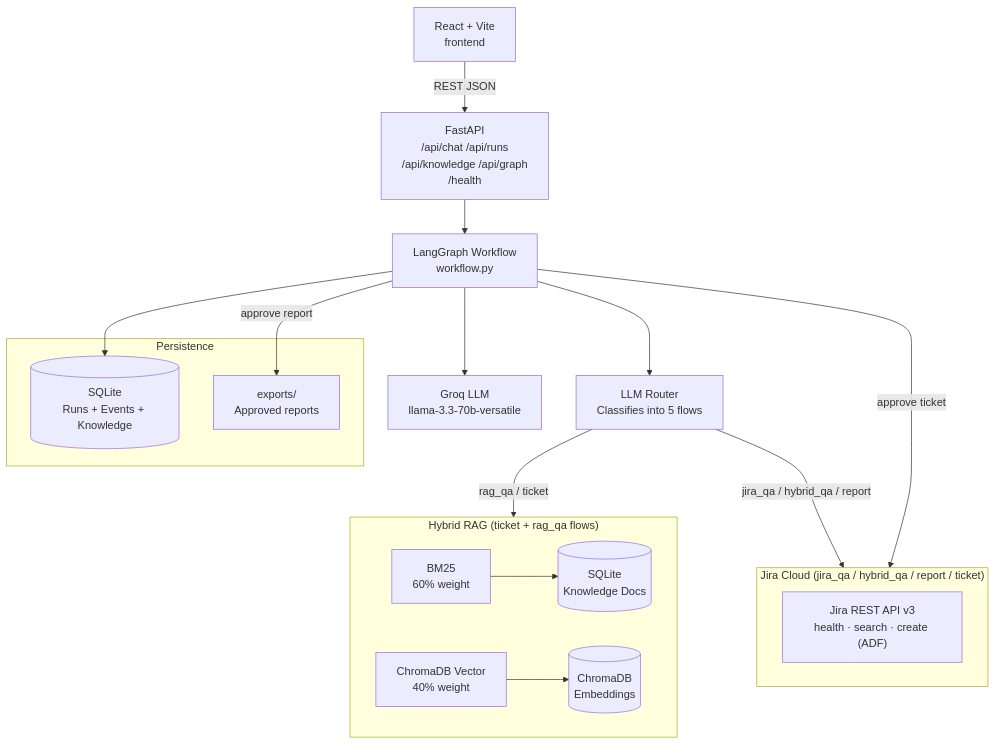
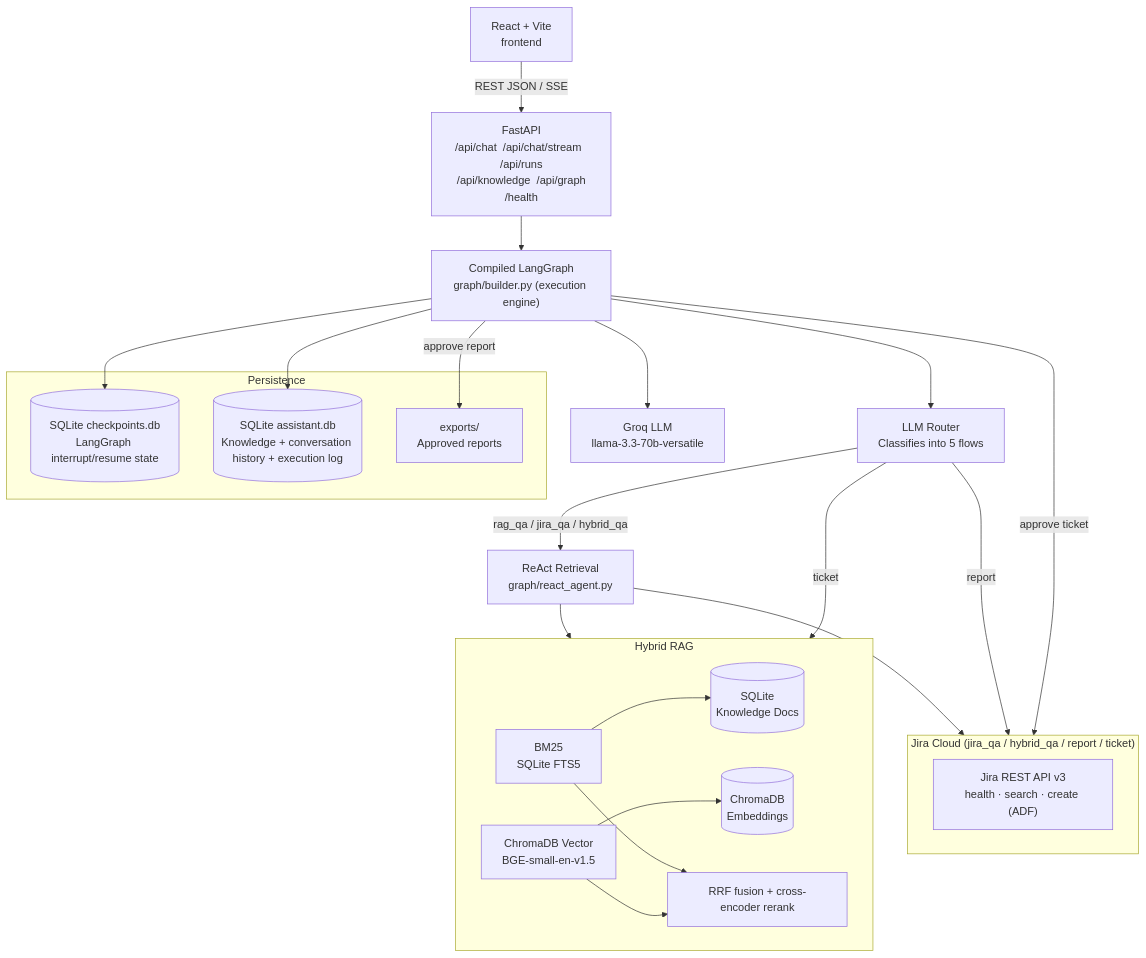
One commit to amit2440/jira-ai-agent changed the diagram in docs/ARCHITECTURE.md. Above: the diagram before and after it, drawn with Mermaid. The commit also changed other lines of this file and 31 other files, not shown here.

Commit message:
fix: Docs & Diagrams

````diff
--- a/docs/ARCHITECTURE.md
+++ b/docs/ARCHITECTURE.md
@@ -3,36 +3,45 @@
 ```mermaid
 flowchart TB
     Client["React + Vite\nfrontend"]
-    API["FastAPI\n/api/chat  /api/runs\n/api/knowledge  /api/graph\n/health"]
-    Workflow["LangGraph Workflow\nworkflow.py"]
+    API["FastAPI\n/api/chat  /api/chat/stream  /api/runs\n/api/knowledge  /api/graph\n/health"]
+    Graph["Compiled LangGraph\ngraph/builder.py (execution engine)"]
+    ReAct["ReAct Retrieval\ngraph/react_agent.py"]
     Router["LLM Router\nClassifies into 5 flows"]
     LLM["Groq LLM\nllama-3.3-70b-versatile"]
 
-    subgraph RAG ["Hybrid RAG (ticket + rag_qa flows)"]
-        BM25["BM25\n60% weight"]
-        VEC["ChromaDB Vector\n40% weight"]
+    subgraph RAG ["Hybrid RAG"]
+        BM25["BM25\nSQLite FTS5"]
+        VEC["ChromaDB Vector\nBGE-small-en-v1.5"]
+        RRF["RRF fusion + cross-encoder rerank"]
         DOCS[("SQLite\nKnowledge Docs")]
         CHROMA[("ChromaDB\nEmbeddings")]
         BM25 --> DOCS
         VEC --> CHROMA
+        BM25 --> RRF
+        VEC --> RRF
     end
 
     subgraph JiraIntegration ["Jira Cloud (jira_qa / hybrid_qa / report / ticket)"]
         JIRA["Jira REST API v3\nhealth · search · create (ADF)"]
     end
 
     subgraph Persistence ["Persistence"]
-        SQLITE[("SQLite\nRuns + Events + Knowledge")]
+        CKPT[("SQLite checkpoints.db\nLangGraph interrupt/resume state")]
+        SQLITE[("SQLite assistant.db\nKnowledge + conversation history + execution log")]
         EXPORT["exports/\nApproved reports"]
     end
 
-    Client -->|"REST JSON"| API
-    API --> Workflow
-    Workflow --> Router
-    Router -->|"rag_qa / ticket"| RAG
-    Router -->|"jira_qa / hybrid_qa / report"| JiraIntegration
-    Workflow --> LLM
-    Workflow -->|"approve ticket"| JiraIntegration
-    Workflow -->|"approve report"| EXPORT
-    Workflow --> SQLITE
+    Client -->|"REST JSON / SSE"| API
+    API --> Graph
+    Graph --> Router
+    Router -->|"rag_qa / jira_qa / hybrid_qa"| ReAct
+    ReAct --> RAG
+    ReAct --> JiraIntegration
+    Router -->|ticket| RAG
+    Router -->|report| JiraIntegration
+    Graph --> LLM
+    Graph -->|"approve ticket"| JiraIntegration
+    Graph -->|"approve report"| EXPORT
+    Graph --> CKPT
+    Graph --> SQLITE
 ```
````
